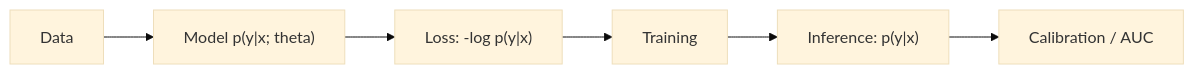
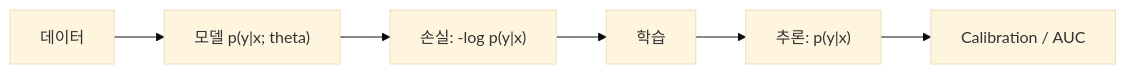
Before and after one commit to yeongseon-books/book-content: the diagram in content/probability-101/ko/10-probability-in-ml.md, drawn with Mermaid (base theme). The commit also changed other lines of this file and 2 other files, not shown here.

````diff
--- a/content/probability-101/ko/10-probability-in-ml.md
+++ b/content/probability-101/ko/10-probability-in-ml.md
@@ -35,8 +51,8 @@
 ```mermaid
 flowchart LR
-    Data["Data"] --> Model["Model p(y|x; theta)"]
-    Model --> NLL["Loss: -log p(y|x)"]
-    NLL --> Train["Training"]
-    Train --> Inf["Inference: p(y|x)"]
+    Data["데이터"] --> Model["모델 p(y|x; theta)"]
+    Model --> NLL["손실: -log p(y|x)"]
+    NLL --> Train["학습"]
+    Train --> Inf["추론: p(y|x)"]
     Inf --> Eval["Calibration / AUC"]
 ```
````
